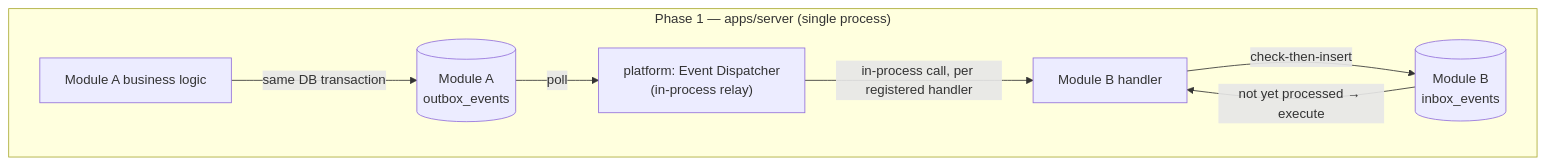
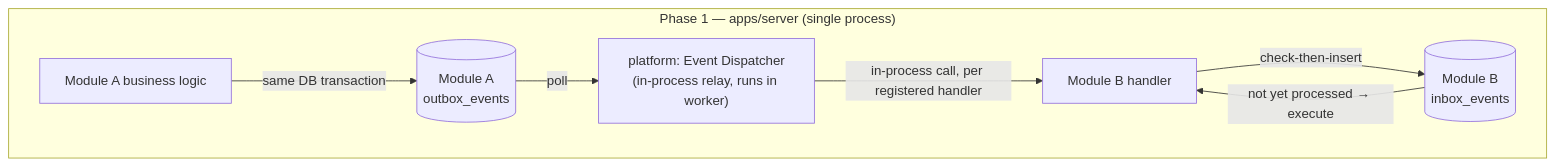
The first of 14 diagrams in docs/event-driven-architecture.md (anmoldogra/SentinelAI), drawn with Mermaid before and after one commit. The commit also changed other lines of this file and 17 other files, not shown here.

````diff
--- a/docs/event-driven-architecture.md
+++ b/docs/event-driven-architecture.md
@@ -48,10 +50,10 @@
 ```mermaid
 flowchart TB
     subgraph P1["Phase 1 — apps/server (single process)"]
         MA["Module A business logic"] -->|"same DB transaction"| OBA[("Module A<br/>outbox_events")]
-        OBA -->|poll| DISP["platform: Event Dispatcher<br/>(in-process relay)"]
+        OBA -->|poll| DISP["platform: Event Dispatcher<br/>(in-process relay, runs in worker)"]
         DISP -->|"in-process call, per registered handler"| HB["Module B handler"]
         HB -->|"check-then-insert"| IBB[("Module B<br/>inbox_events")]
         IBB -->|"not yet processed → execute"| HB
     end
 ```
````
